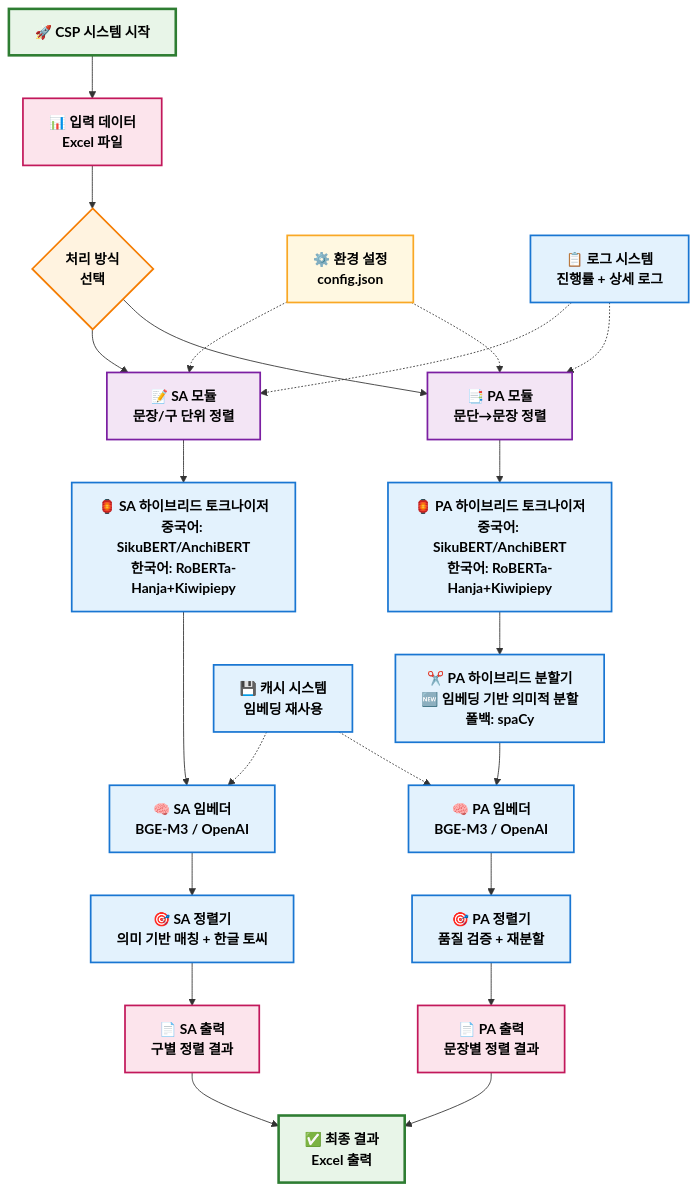
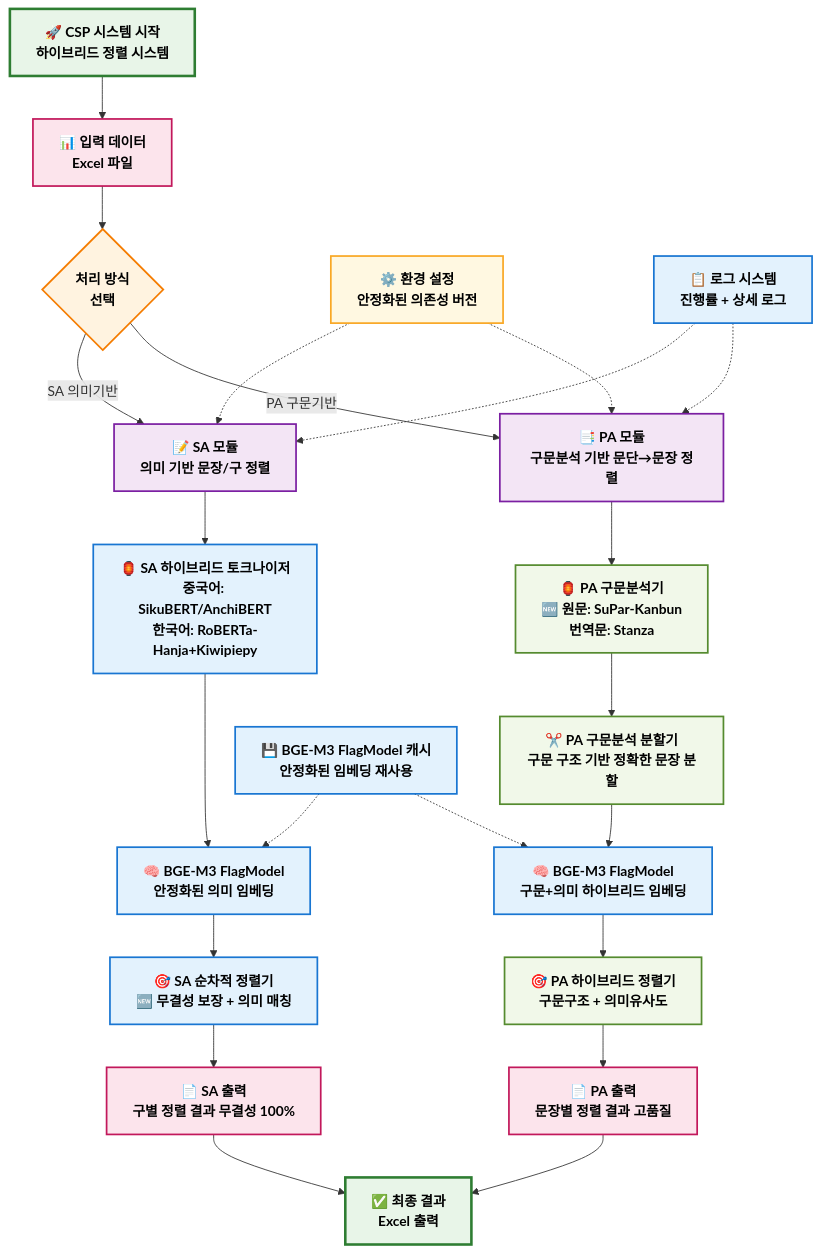
One commit to hw725/CSP changed the first of 9 diagrams in etc/CSP_전체_워크플로우.md. Above: the diagram before and after it, drawn with Mermaid. The commit also changed other lines of this file and 439 other files, not shown here.

````diff
--- a/etc/CSP_전체_워크플로우.md
+++ b/etc/CSP_전체_워크플로우.md
@@ -16,63 +17,64 @@
 ```mermaid
 flowchart TB
     %% 스타일 정의 (글자가 잘 보이도록)
     classDef startEnd fill:#e8f5e8,stroke:#2e7d32,stroke-width:3px,color:#000,font-weight:bold
     classDef process fill:#e3f2fd,stroke:#1976d2,stroke-width:2px,color:#000,font-weight:bold
     classDef decision fill:#fff3e0,stroke:#f57c00,stroke-width:2px,color:#000,font-weight:bold
     classDef data fill:#fce4ec,stroke:#c2185b,stroke-width:2px,color:#000,font-weight:bold
     classDef module fill:#f3e5f5,stroke:#7b1fa2,stroke-width:2px,color:#000,font-weight:bold
+    classDef parser fill:#f1f8e9,stroke:#558b2f,stroke-width:2px,color:#000,font-weight:bold
     classDef config fill:#fff8e1,stroke:#f9a825,stroke-width:2px,color:#000,font-weight:bold
     
-    A[🚀 CSP 시스템 시작]:::startEnd
+    A[🚀 CSP 시스템 시작<br/>하이브리드 정렬 시스템]:::startEnd
     B[📊 입력 데이터<br/>Excel 파일]:::data
     C{처리 방식<br/>선택}:::decision
     
-    %% SA 모듈 (문장/구 정렬)
-    D[📝 SA 모듈<br/>문장/구 단위 정렬]:::module
+    %% SA 모듈 (문장/구 정렬) - 의미 기반
+    D[📝 SA 모듈<br/>의미 기반 문장/구 정렬]:::module
     E[🏮 SA 하이브리드 토크나이저<br/>중국어: SikuBERT/AnchiBERT<br/>한국어: RoBERTa-Hanja+Kiwipiepy]:::process
-    F[🧠 SA 임베더<br/>BGE-M3 / OpenAI]:::process
-    G[🎯 SA 정렬기<br/>의미 기반 매칭 + 한글 토씨]:::process
-    H[📄 SA 출력<br/>구별 정렬 결과]:::data
+    F[🧠 BGE-M3 FlagModel<br/>안정화된 의미 임베딩]:::process
+    G[🎯 SA 순차적 정렬기<br/>🆕 무결성 보장 + 의미 매칭]:::process
+    H[📄 SA 출력<br/>구별 정렬 결과 무결성 100%]:::data
     
-    %% PA 모듈 (문단→문장 정렬)
-    I[📑 PA 모듈<br/>문단→문장 정렬]:::module
-    IE[🏮 PA 하이브리드 토크나이저<br/>중국어: SikuBERT/AnchiBERT<br/>한국어: RoBERTa-Hanja+Kiwipiepy]:::process
-    J[✂️ PA 하이브리드 분할기<br/>🆕 임베딩 기반 의미적 분할<br/>폴백: spaCy]:::process
-    K[🧠 PA 임베더<br/>BGE-M3 / OpenAI]:::process
-    L[🎯 PA 정렬기<br/>품질 검증 + 재분할]:::process
-    M[📄 PA 출력<br/>문장별 정렬 결과]:::data
+    %% PA 모듈 (문단→문장 정렬) - 구문분석 기반
+    I[📑 PA 모듈<br/>구문분석 기반 문단→문장 정렬]:::module
+    IE[🏮 PA 구문분석기<br/>🆕 원문: SuPar-Kanbun<br/>번역문: Stanza]:::parser
+    J[✂️ PA 구문분석 분할기<br/>구문 구조 기반 정확한 문장 분할]:::parser
+    K[🧠 BGE-M3 FlagModel<br/>구문+의미 하이브리드 임베딩]:::process
+    L[🎯 PA 하이브리드 정렬기<br/>구문구조 + 의미유사도]:::parser
+    M[📄 PA 출력<br/>문장별 정렬 결과 고품질]:::data
     
     %% 공통 구성요소
-    N[⚙️ 환경 설정<br/>config.json]:::config
+    N[⚙️ 환경 설정<br/>안정화된 의존성 버전]:::config
     O[📋 로그 시스템<br/>진행률 + 상세 로그]:::process
-    P[💾 캐시 시스템<br/>임베딩 재사용]:::process
+    P[💾 BGE-M3 FlagModel 캐시<br/>안정화된 임베딩 재사용]:::process
     Q[✅ 최종 결과<br/>Excel 출력]:::startEnd
     
     A --> B
     B --> C
-    C --> D
-    C --> I
+    C -->|SA 의미기반| D
+    C -->|PA 구문기반| I
     
-    %% SA 플로우
+    %% SA 플로우 (의미 기반)
     D --> E
     E --> F
     F --> G
     G --> H
     H --> Q
     
-    %% PA 플로우  
+    %% PA 플로우 (구문분석 기반)
     I --> IE
     IE --> J
     J --> K
     K --> L
     L --> M
     M --> Q
     
     %% 공통 연결
     N -.-> D
     N -.-> I
     O -.-> D
     O -.-> I
     P -.-> F
     P -.-> K
 ```
````
